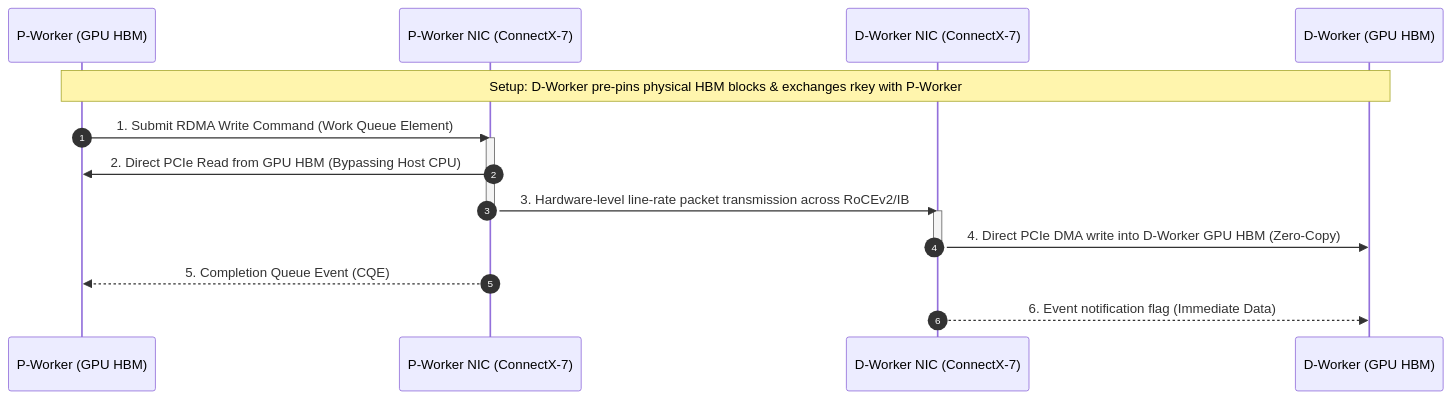
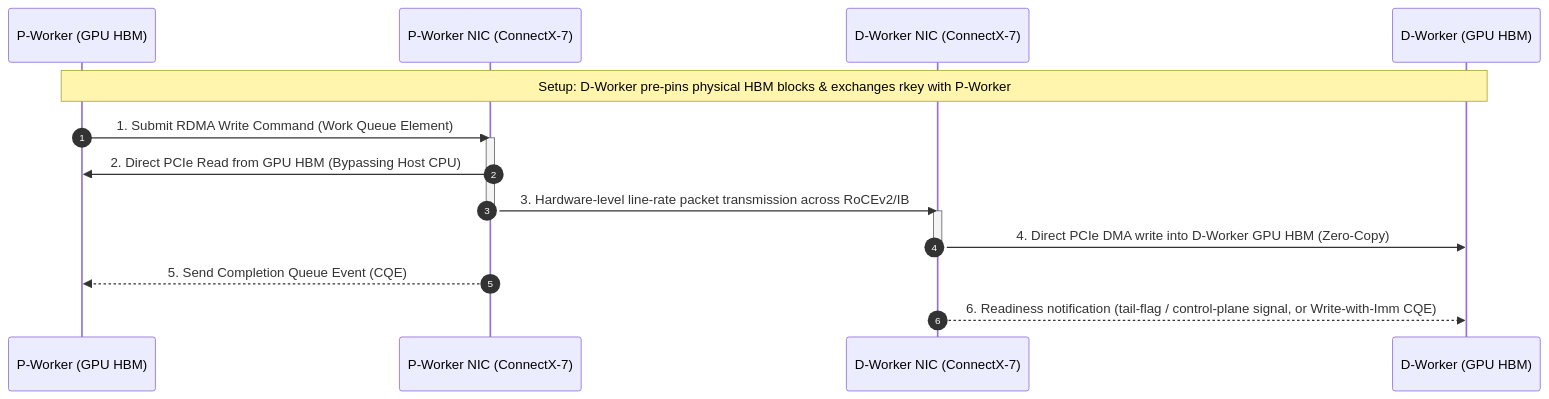
One commit to ifnodoraemon/ifnodoraemon.github.io changed the second of 4 diagrams in content/en/articles/pd-disaggregation-distributed-kv-cache.en.md. Above: the diagram before and after it, drawn with Mermaid. The commit also changed other lines of this file and 171 other files, not shown here.

````diff
--- a/content/en/articles/pd-disaggregation-distributed-kv-cache.en.md
+++ b/content/en/articles/pd-disaggregation-distributed-kv-cache.en.md
@@ -171,22 +174,22 @@
 ```mermaid
 sequenceDiagram
     autonumber
     participant P_GPU as P-Worker (GPU HBM)
     participant P_NIC as P-Worker NIC (ConnectX-7)
     participant D_NIC as D-Worker NIC (ConnectX-7)
     participant D_GPU as D-Worker (GPU HBM)
 
     Note over P_GPU,D_GPU: Setup: D-Worker pre-pins physical HBM blocks & exchanges rkey with P-Worker
     
     P_GPU->>P_NIC: 1. Submit RDMA Write Command (Work Queue Element)
     activate P_NIC
     P_NIC->>P_GPU: 2. Direct PCIe Read from GPU HBM (Bypassing Host CPU)
     P_NIC->>D_NIC: 3. Hardware-level line-rate packet transmission across RoCEv2/IB
     deactivate P_NIC
     activate D_NIC
     D_NIC->>D_GPU: 4. Direct PCIe DMA write into D-Worker GPU HBM (Zero-Copy)
     deactivate D_NIC
     
-    P_NIC-->>P_GPU: 5. Completion Queue Event (CQE)
-    D_NIC-->>D_GPU: 6. Event notification flag (Immediate Data)
+    P_NIC-->>P_GPU: 5. Send Completion Queue Event (CQE)
+    D_NIC-->>D_GPU: 6. Readiness notification (tail-flag / control-plane signal, or Write-with-Imm CQE)
 ```
````
